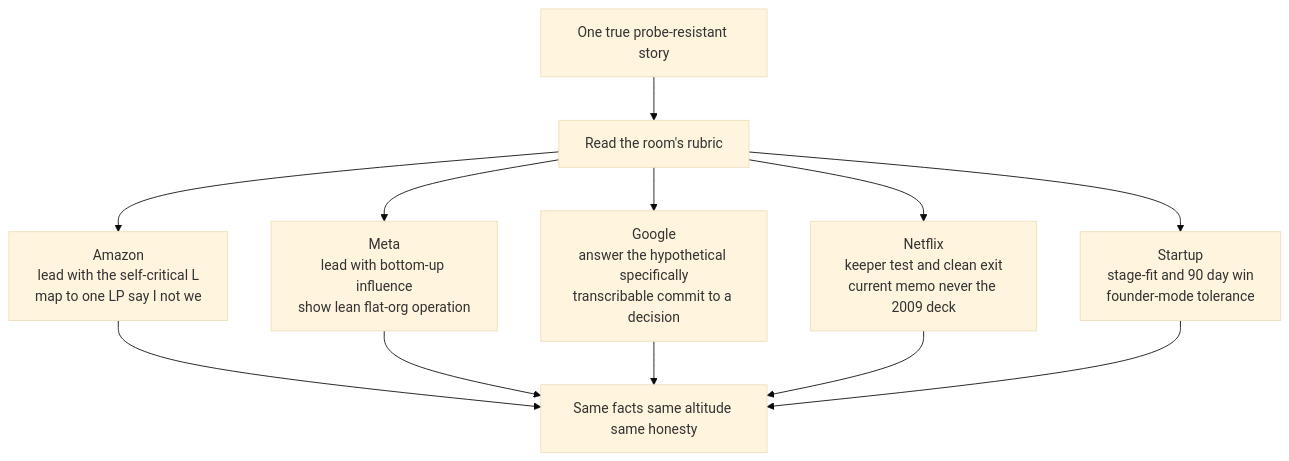
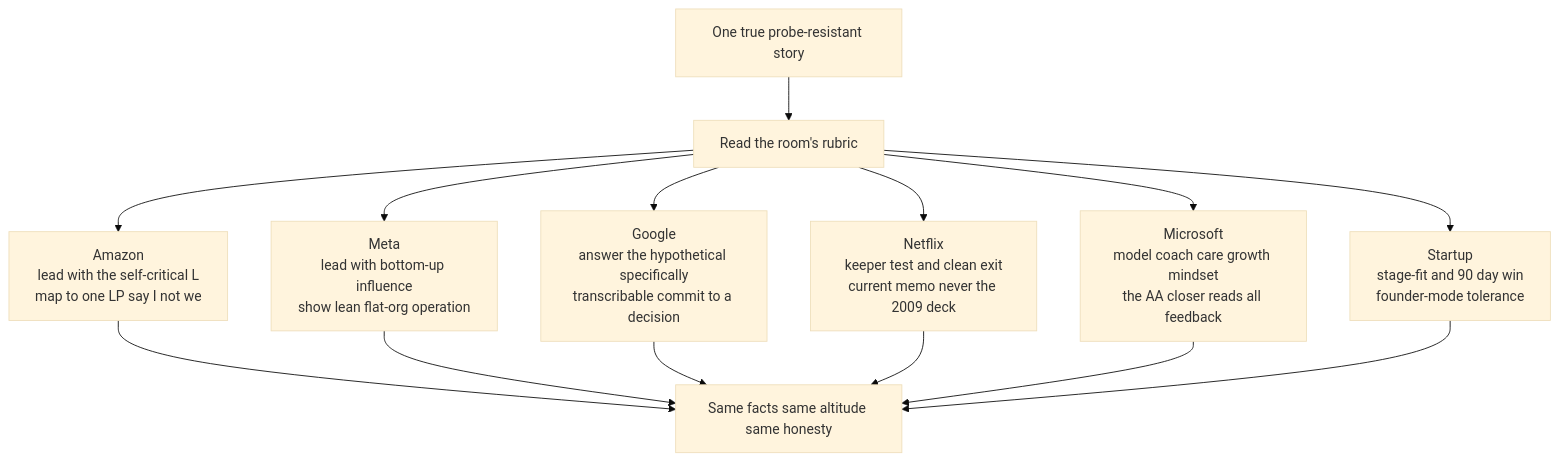
The diagram in src/content/docs/module-17/lesson-17-14.md (hkrathore/sysdesign-course), drawn with Mermaid (base theme) before and after one commit. The commit also changed other lines of this file, not shown here.

First line of the commit message:
module-17: 17.14 — add Microsoft as sixth archetype, Meta feedback-seeking

````diff
--- a/src/content/docs/module-17/lesson-17-14.md
+++ b/src/content/docs/module-17/lesson-17-14.md
@@ -45,14 +47,16 @@
 ```mermaid
 flowchart TD
     S["One true probe-resistant story"] --> RUB["Read the room's rubric"]
     RUB --> AMZ["Amazon<br/>lead with the self-critical L<br/>map to one LP say I not we"]
     RUB --> META["Meta<br/>lead with bottom-up influence<br/>show lean flat-org operation"]
     RUB --> GOOG["Google<br/>answer the hypothetical specifically<br/>transcribable commit to a decision"]
     RUB --> NFLX["Netflix<br/>keeper test and clean exit<br/>current memo never the 2009 deck"]
+    RUB --> MSFT["Microsoft<br/>model coach care growth mindset<br/>the AA closer reads all feedback"]
     RUB --> START["Startup<br/>stage-fit and 90 day win<br/>founder-mode tolerance"]
     AMZ --> T["Same facts same altitude same honesty"]
     META --> T
     GOOG --> T
     NFLX --> T
+    MSFT --> T
     START --> T
 ```
````
